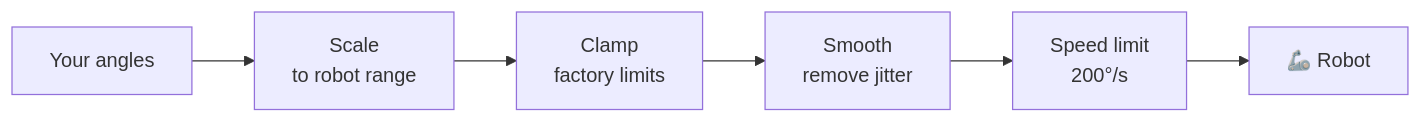
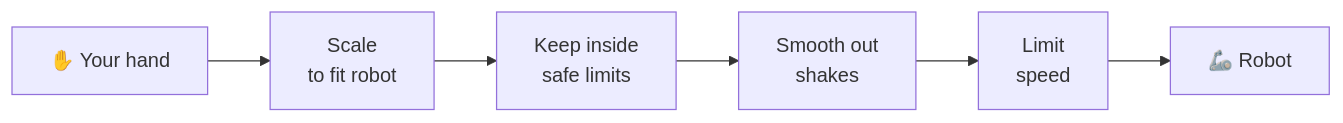
Before and after one commit to amirmohideen/SpecsGrip: the second of 2 diagrams in README.md, drawn with Mermaid. The commit also changed other lines of this file and 3 other files, not shown here.

````diff
--- a/README.md
+++ b/README.md
@@ -255,4 +229,4 @@
 ```mermaid
 flowchart LR
-  A["Your angles"] --> B["Scale<br>to robot range"] --> C["Clamp<br>factory limits"] --> D["Smooth<br>remove jitter"] --> E["Speed limit<br>200°/s"] --> F["🦾 Robot"]
+  A["✋ Your hand"] --> B["Scale<br>to fit robot"] --> C["Keep inside<br>safe limits"] --> D["Smooth out<br>shakes"] --> E["Limit<br>speed"] --> F["🦾 Robot"]
 ```
````
